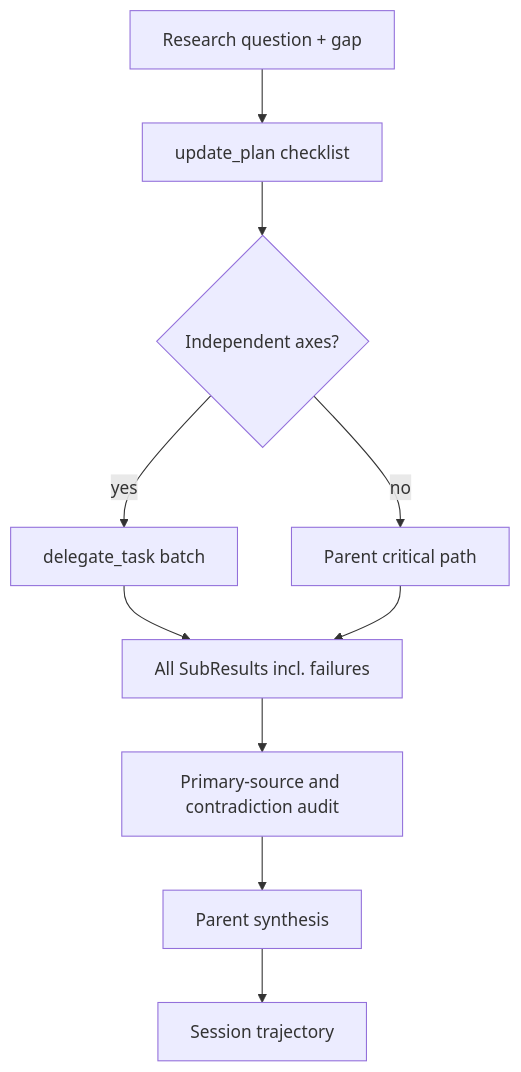
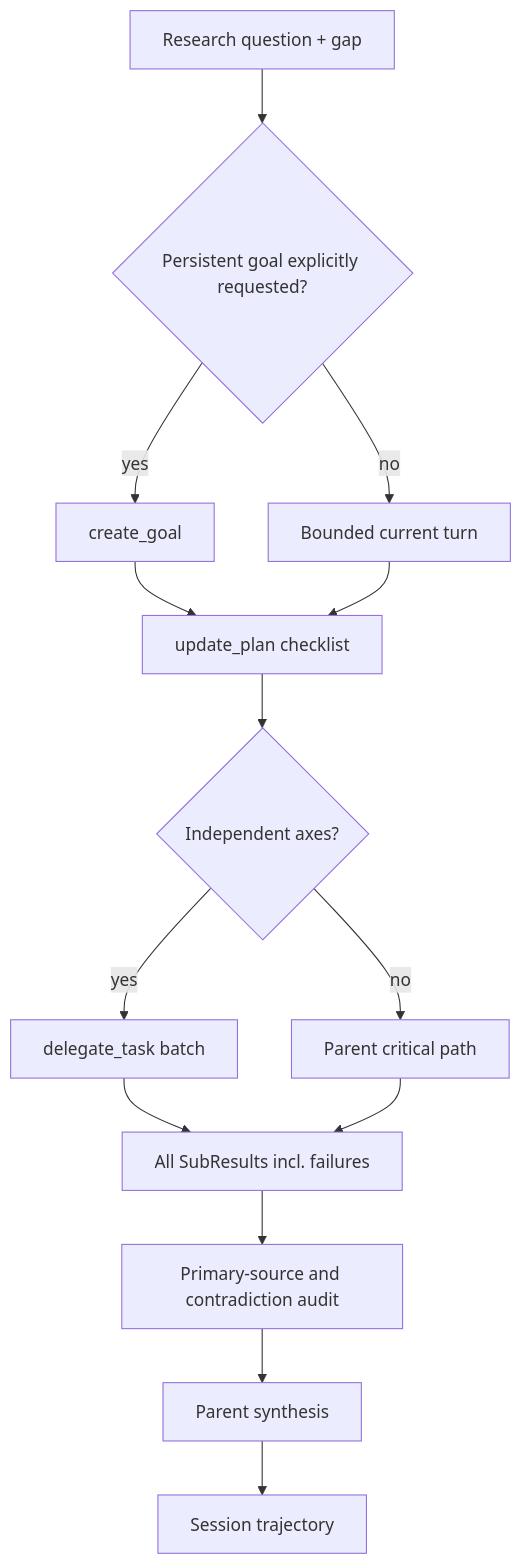
Before and after one commit to mangowhoiscloud/geode: the second of 3 diagrams in docs/plans/2026-08-10-stanford-part5-plan-deep-research.md, drawn with Mermaid. The commit also changed other lines of this file and 45 other files, not shown here.

````diff
--- a/docs/plans/2026-08-10-stanford-part5-plan-deep-research.md
+++ b/docs/plans/2026-08-10-stanford-part5-plan-deep-research.md
@@ -78,12 +86,16 @@
 ```mermaid
 flowchart TB
-    Q["Research question + gap"] --> C["update_plan checklist"]
-    C --> D{"Independent axes?"}
+    Q["Research question + gap"] --> G{"Persistent goal explicitly requested?"}
+    G -->|"yes"| PG["create_goal"]
+    G -->|"no"| C["Bounded current turn"]
+    PG --> C2["update_plan checklist"]
+    C --> C2
+    C2 --> D{"Independent axes?"}
     D -->|"yes"| B["delegate_task batch"]
     D -->|"no"| P["Parent critical path"]
     B --> E["All SubResults incl. failures"]
     P --> E
     E --> X["Primary-source and contradiction audit"]
     X --> S["Parent synthesis"]
     S --> T["Session trajectory"]
 ```
````
